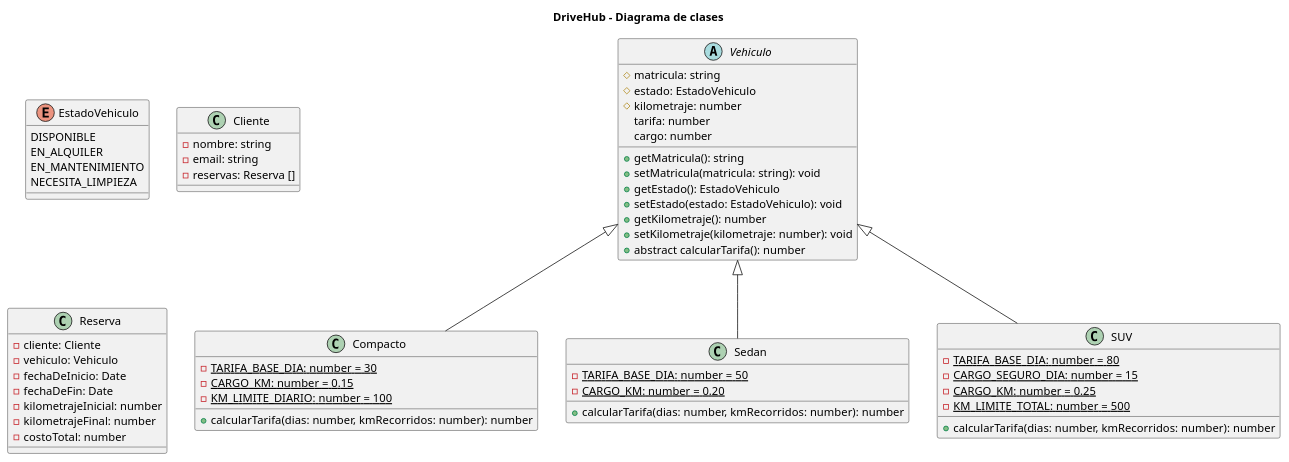
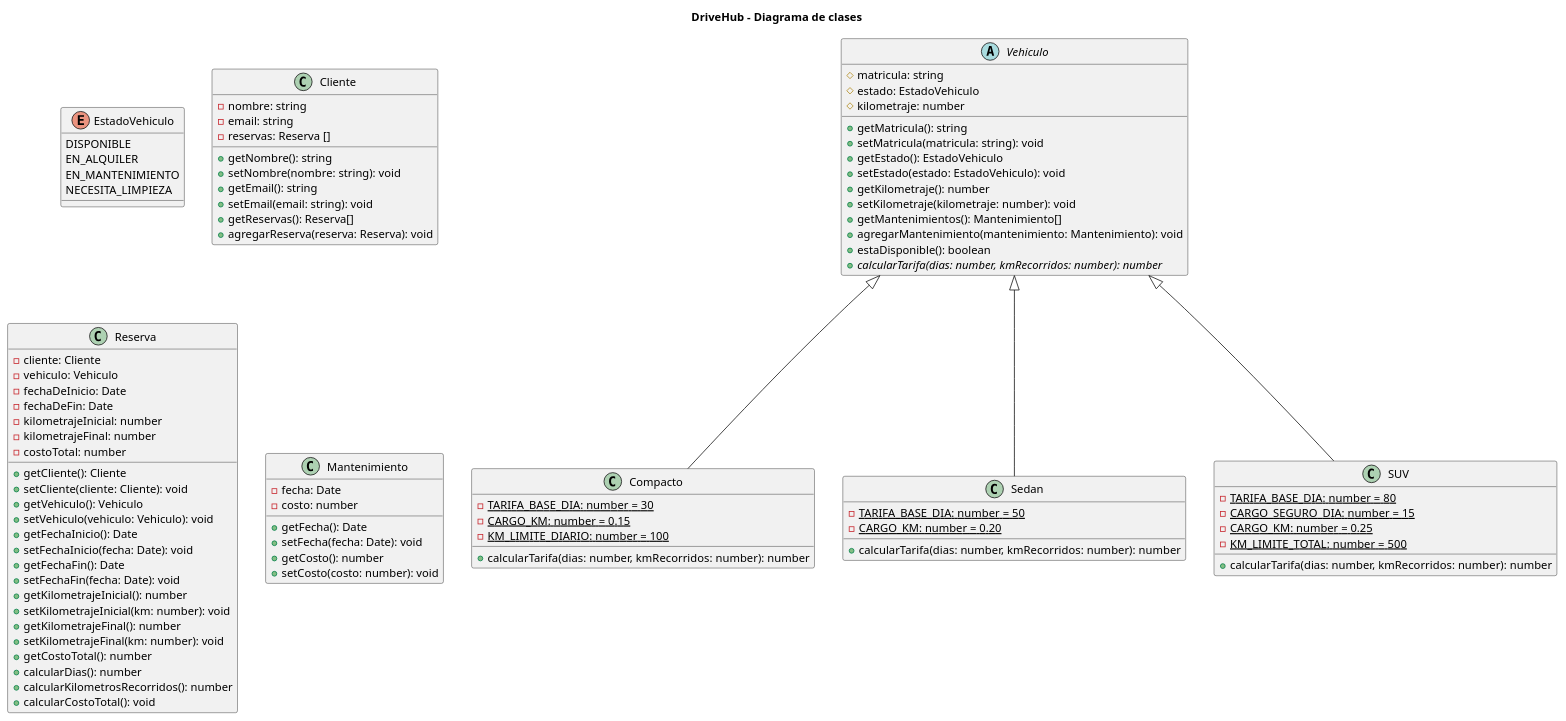
The diagram in diagramas/diagrama.puml (martingustavolopez/PROGRAMACION-II-CUVL), drawn with PlantUML before and after one commit. The commit also changed 6 other files, not shown here.

Commit message:
Creacion de clases y Actualizacion de diagramas

```diff
--- a/diagramas/diagrama.puml
+++ b/diagramas/diagrama.puml
@@ -1,102 +1,137 @@
 @startuml
 
 title DriveHub - Diagrama de clases
 
 ' Enumeracion de estado vehiculo
 enum EstadoVehiculo {
     DISPONIBLE
     EN_ALQUILER
     EN_MANTENIMIENTO
     NECESITA_LIMPIEZA
 }
 
 abstract class Vehiculo {
     # matricula: string
     # estado: EstadoVehiculo
     # kilometraje: number
-    tarifa: number
-    cargo: number
+    
 
 
     + getMatricula(): string
     + setMatricula(matricula: string): void
     + getEstado(): EstadoVehiculo
     + setEstado(estado: EstadoVehiculo): void
     + getKilometraje(): number
     + setKilometraje(kilometraje: number): void
-    + abstract calcularTarifa(): number
+    + getMantenimientos(): Mantenimiento[]
+    + agregarMantenimiento(mantenimiento: Mantenimiento): void
+    + estaDisponible(): boolean
+    + {abstract} calcularTarifa(dias: number, kmRecorridos: number): number
 
     
 }
 
 class Compacto {
     - {static} TARIFA_BASE_DIA: number = 30
     - {static} CARGO_KM: number = 0.15
     - {static} KM_LIMITE_DIARIO: number = 100 
 
-    + calcularTarifa(dias: number, kmRecorridos: number): number
-
-
-
-             
+    + calcularTarifa(dias: number, kmRecorridos: number): number             
 
 }
 
 class Sedan {
     - {static} TARIFA_BASE_DIA: number = 50
     - {static} CARGO_KM: number = 0.20
 
     + calcularTarifa(dias: number, kmRecorridos: number): number
 
 }
 
 
 class SUV {
     - {static} TARIFA_BASE_DIA: number = 80
     - {static} CARGO_SEGURO_DIA: number = 15
     - {static} CARGO_KM: number = 0.25
     - {static} KM_LIMITE_TOTAL: number = 500
 
     + calcularTarifa(dias: number, kmRecorridos: number): number
 
-
 }
 
 
 class Cliente {
     - nombre: string
     - email: string
     - reservas: Reserva []
+
+    + getNombre(): string
+    + setNombre(nombre: string): void
+    + getEmail(): string
+    + setEmail(email: string): void
+    + getReservas(): Reserva[]
+    + agregarReserva(reserva: Reserva): void
+
 
 
 }
 
 class Reserva {
     - cliente: Cliente
     - vehiculo: Vehiculo
     - fechaDeInicio: Date
     - fechaDeFin: Date
     - kilometrajeInicial: number
     - kilometrajeFinal: number
     - costoTotal: number
 
+    + getCliente(): Cliente
+    + setCliente(cliente: Cliente): void
+    + getVehiculo(): Vehiculo
+    + setVehiculo(vehiculo: Vehiculo): void
+    + getFechaInicio(): Date
+    + setFechaInicio(fecha: Date): void
+    + getFechaFin(): Date
+    + setFechaFin(fecha: Date): void
+    + getKilometrajeInicial(): number
+    + setKilometrajeInicial(km: number): void
+    + getKilometrajeFinal(): number
+    + setKilometrajeFinal(km: number): void
+    + getCostoTotal(): number
+    + calcularDias(): number
+    + calcularKilometrosRecorridos(): number
+    + calcularCostoTotal(): void
+
     
+}
+
+class Mantenimiento {
+    - fecha: Date
+    - costo: number
+    
+
+    + getFecha(): Date
+    + setFecha(fecha: Date): void
+    + getCosto(): number
+    + setCosto(costo: number): void
+
+
 }
 
 
 
 ' Relaciones de herencia
 Vehiculo <|-- Compacto
 Vehiculo <|-- Sedan
 Vehiculo <|-- SUV
 
 
 
 
 
 
 ' Notas
 
 
 
 @enduml
```
